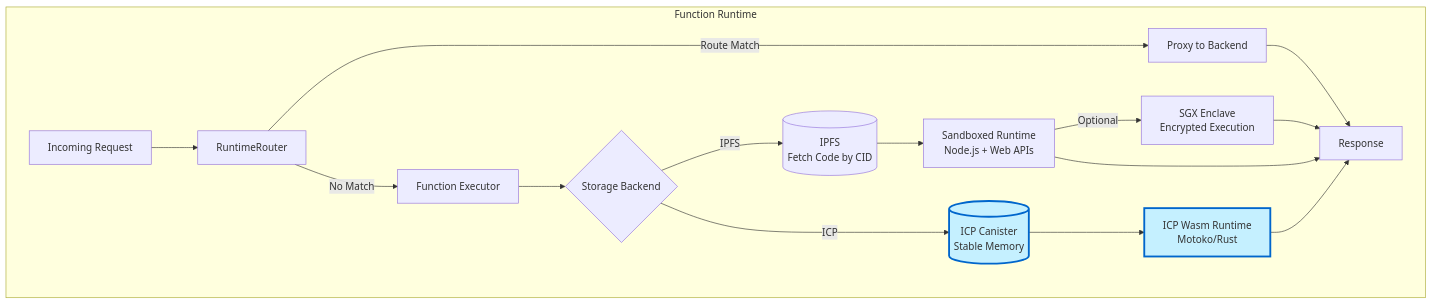
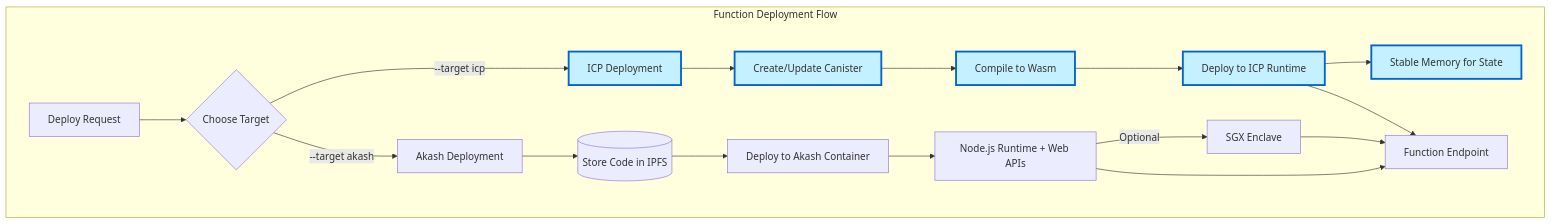
One commit to alternatefutures/.github changed the fifth of 13 diagrams in TECHNICAL_ARCHITECTURE.md. Above: the diagram before and after it, drawn with Mermaid. The commit also changed other lines of this file, not shown here.

First line of the commit message:
Refactor ICP integration as deployment target option

````diff
--- a/TECHNICAL_ARCHITECTURE.md
+++ b/TECHNICAL_ARCHITECTURE.md
@@ -365,24 +358,29 @@
 ```mermaid
 graph TB
-    subgraph "Function Runtime"
-        Request[Incoming Request] --> Router[RuntimeRouter]
-        Router -->|Route Match| Proxy[Proxy to Backend]
-        Router -->|No Match| Executor[Function Executor]
+    subgraph "Function Deployment Flow"
+        Request[Deploy Request] --> ChooseTarget{Choose Target}
         
-        Executor --> StorageChoice{Storage Backend}
-        StorageChoice -->|IPFS| IPFS[(IPFS<br/>Fetch Code by CID)]
-        StorageChoice -->|ICP| ICPStorage[(ICP Canister<br/>Stable Memory)]
+        ChooseTarget -->|--target akash| AkashPath[Akash Deployment]
+        ChooseTarget -->|--target icp| ICPPath[ICP Deployment]
         
-        IPFS --> Runtime[Sandboxed Runtime<br/>Node.js + Web APIs]
-        ICPStorage --> ICPRuntime[ICP Wasm Runtime<br/>Motoko/Rust]
-        Runtime -->|Optional| SGX[SGX Enclave<br/>Encrypted Execution]
+        AkashPath --> IPFS[(Store Code in IPFS)]
+        IPFS --> AkashContainer[Deploy to Akash Container]
+        AkashContainer --> AkashRuntime[Node.js Runtime + Web APIs]
+        AkashRuntime -->|Optional| SGX[SGX Enclave]
         
-        Runtime --> Response[Response]
+        ICPPath --> ICPCanister[Create/Update Canister]
+        ICPCanister --> ICPWasm[Compile to Wasm]
+        ICPWasm --> ICPRuntime[Deploy to ICP Runtime]
+        ICPRuntime --> StableMemory[Stable Memory for State]
+        
+        AkashRuntime --> Response[Function Endpoint]
+        SGX --> Response
         ICPRuntime --> Response
-        Proxy --> Response
-        SGX --> Response
     end
     
-    style ICPStorage fill:#c5f0ff,stroke:#0066cc,stroke-width:3px
+    style ICPPath fill:#c5f0ff,stroke:#0066cc,stroke-width:3px
+    style ICPCanister fill:#c5f0ff,stroke:#0066cc,stroke-width:3px
+    style ICPWasm fill:#c5f0ff,stroke:#0066cc,stroke-width:3px
     style ICPRuntime fill:#c5f0ff,stroke:#0066cc,stroke-width:3px
+    style StableMemory fill:#c5f0ff,stroke:#0066cc,stroke-width:3px
 ```
````
